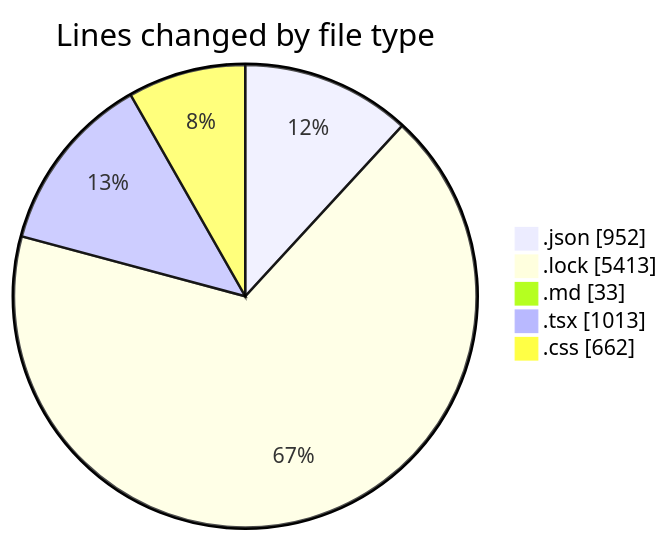
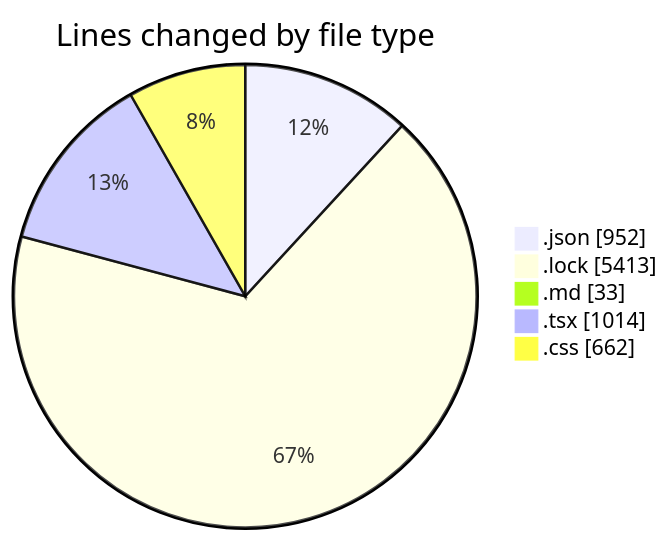
One commit to EIIisD/code-tracking changed the first of 2 diagrams in 2025-08-11/ribbon/README.md. Above: the diagram before and after it, drawn with Mermaid. The commit also changed other lines of this file and 1 other file, not shown here.

````diff
--- a/2025-08-11/ribbon/README.md
+++ b/2025-08-11/ribbon/README.md
@@ -37,9 +37,9 @@
 ```mermaid
 pie showData
 title Lines changed by file type
 ".json" : 952
 ".lock" : 5413
 ".md" : 33
-".tsx" : 1013
+".tsx" : 1014
 ".css" : 662
 ```
````
